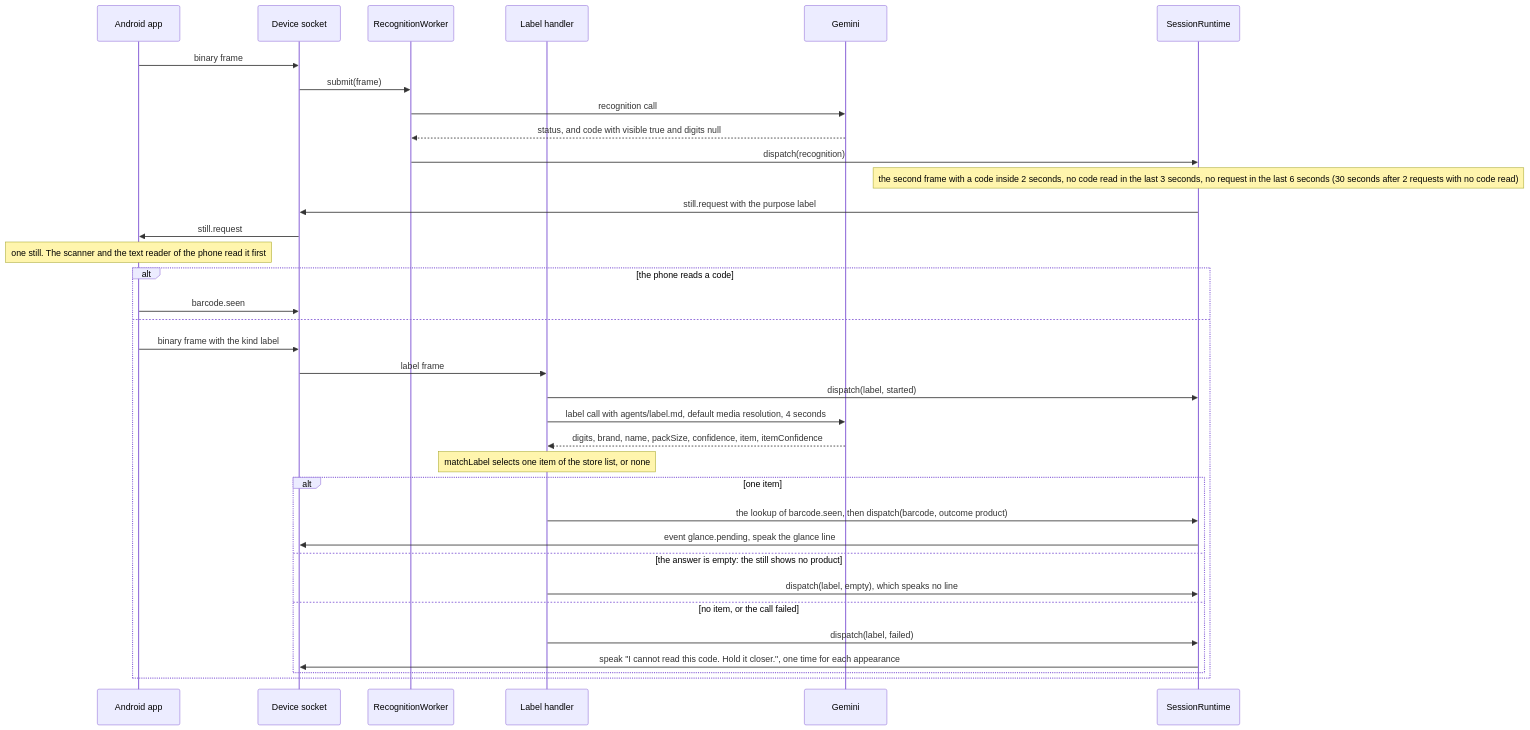
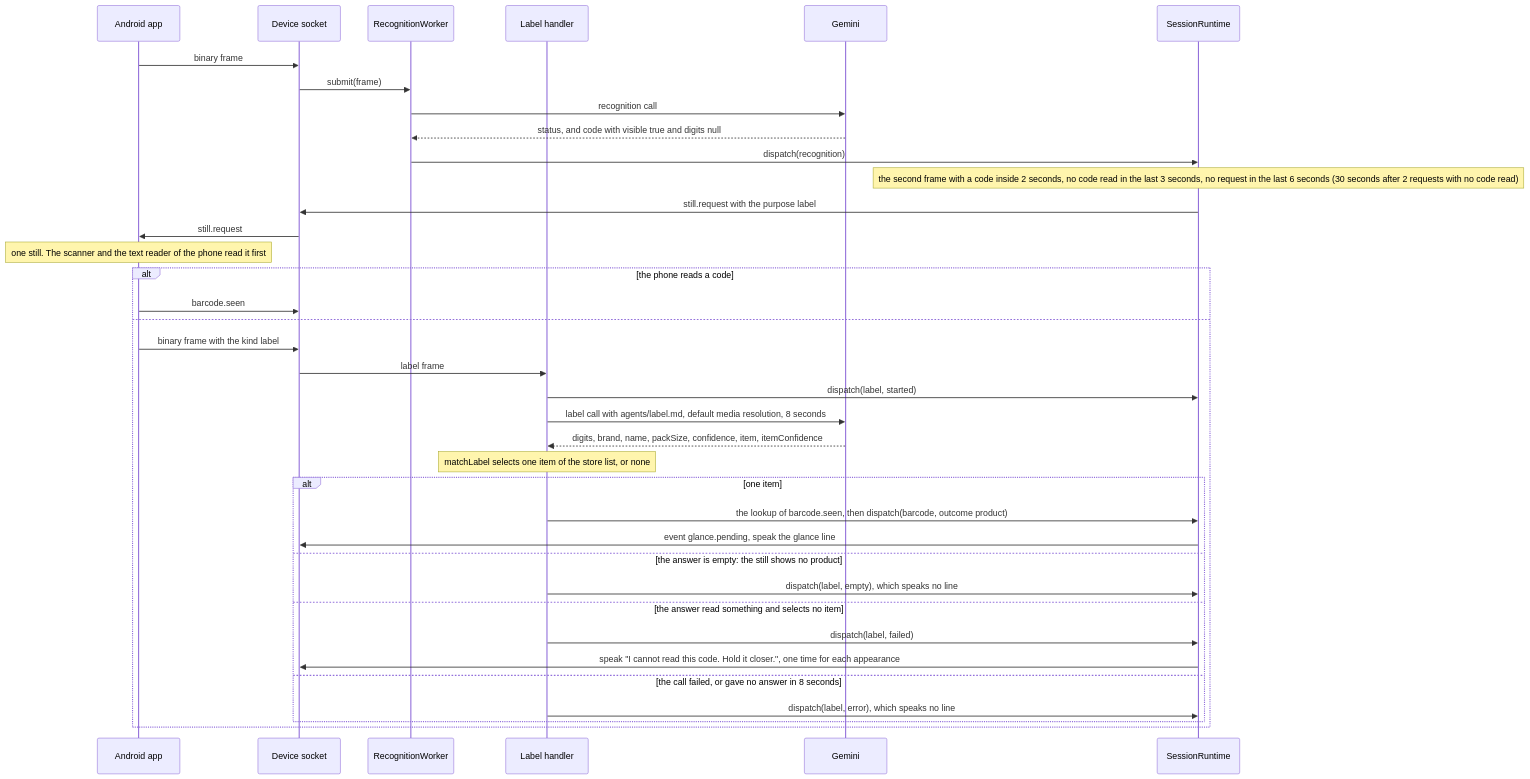
One commit to mrBymax/glance changed the seventh of 14 diagrams in docs/architecture.md. Above: the diagram before and after it, drawn with Mermaid. The commit also changed other lines of this file and 10 other files, not shown here.

First line of the commit message:
fix(server): say nothing for a label call that failed or that nobody needs

````diff
--- a/docs/architecture.md
+++ b/docs/architecture.md
@@ -337,38 +337,40 @@
 ```mermaid
 sequenceDiagram
   participant App as Android app
   participant Socket as Device socket
   participant Worker as RecognitionWorker
   participant Label as Label handler
   participant Gemini
   participant Runtime as SessionRuntime
 
   App->>Socket: binary frame
   Socket->>Worker: submit(frame)
   Worker->>Gemini: recognition call
   Gemini-->>Worker: status, and code with visible true and digits null
   Worker->>Runtime: dispatch(recognition)
   Note over Runtime: the second frame with a code inside 2 seconds, no code read in the last 3 seconds, no request in the last 6 seconds (30 seconds after 2 requests with no code read)
   Runtime->>Socket: still.request with the purpose label
   Socket->>App: still.request
   Note over App: one still. The scanner and the text reader of the phone read it first
   alt the phone reads a code
     App->>Socket: barcode.seen
   else
     App->>Socket: binary frame with the kind label
     Socket->>Label: label frame
     Label->>Runtime: dispatch(label, started)
-    Label->>Gemini: label call with agents/label.md, default media resolution, 4 seconds
+    Label->>Gemini: label call with agents/label.md, default media resolution, 8 seconds
     Gemini-->>Label: digits, brand, name, packSize, confidence, item, itemConfidence
     Note over Label: matchLabel selects one item of the store list, or none
     alt one item
       Label->>Runtime: the lookup of barcode.seen, then dispatch(barcode, outcome product)
       Runtime->>Socket: event glance.pending, speak the glance line
     else the answer is empty: the still shows no product
       Label->>Runtime: dispatch(label, empty), which speaks no line
-    else no item, or the call failed
+    else the answer read something and selects no item
       Label->>Runtime: dispatch(label, failed)
       Runtime->>Socket: speak "I cannot read this code. Hold it closer.", one time for each appearance
+    else the call failed, or gave no answer in 8 seconds
+      Label->>Runtime: dispatch(label, error), which speaks no line
     end
   end
 ```
````
